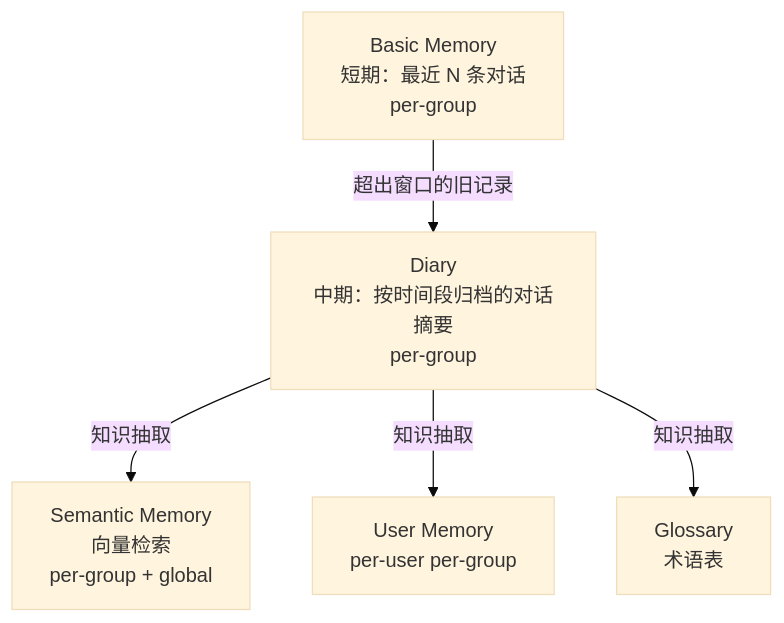
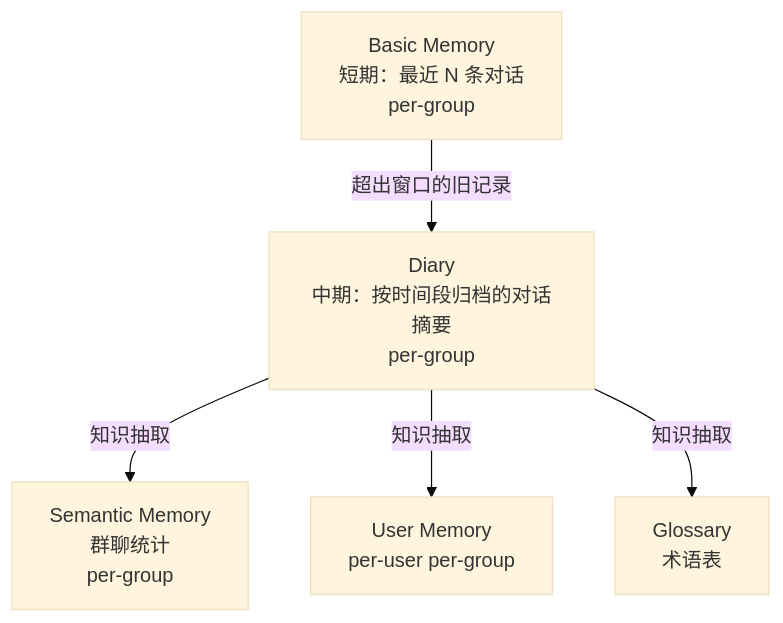
One commit to LiveSirius/SiriusPulse-Docs changed the first of 2 diagrams in guide/memory-system.md. Above: the diagram before and after it, drawn with Mermaid (base theme). The commit also changed other lines of this file and 1 other file, not shown here.

````diff
--- a/guide/memory-system.md
+++ b/guide/memory-system.md
@@ -7,7 +7,7 @@
 ```mermaid
 flowchart TB
     A["Basic Memory<br>短期：最近 N 条对话<br>per-group"] -->|"超出窗口的旧记录"| B["Diary<br>中期：按时间段归档的对话摘要<br>per-group"]
-    B -->|"知识抽取"| C["Semantic Memory<br>向量检索<br>per-group + global"]
+    B -->|"知识抽取"| C["Semantic Memory<br>群聊统计<br>per-group"]
     B -->|"知识抽取"| D["User Memory<br>per-user per-group"]
     B -->|"知识抽取"| E["Glossary<br>术语表"]
 ```
````
